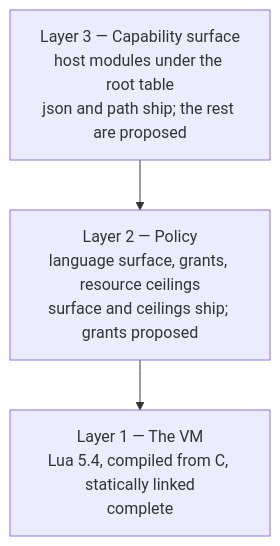
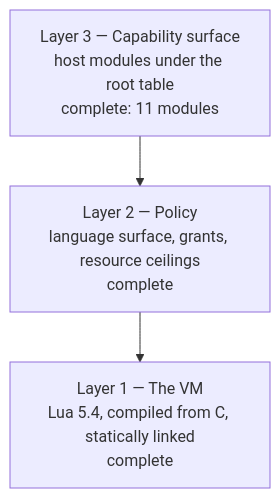
One commit to rstlix0x0/airsstack changed the diagram in crates/airsl/docs/architecture.md. Above: the diagram before and after it, drawn with Mermaid. The commit also changed other lines of this file and 21 other files, not shown here.

First line of the commit message:
feat(airsl): complete the host standard library and the airsl test runner

````diff
--- a/crates/airsl/docs/architecture.md
+++ b/crates/airsl/docs/architecture.md
@@ -19,7 +19,7 @@
 ```mermaid
 graph TD
-    L3["Layer 3 — Capability surface<br/>host modules under the root table<br/>json and path ship; the rest are proposed"]
-    L2["Layer 2 — Policy<br/>language surface, grants, resource ceilings<br/>surface and ceilings ship; grants proposed"]
+    L3["Layer 3 — Capability surface<br/>host modules under the root table<br/>complete: 11 modules"]
+    L2["Layer 2 — Policy<br/>language surface, grants, resource ceilings<br/>complete"]
     L1["Layer 1 — The VM<br/>Lua 5.4, compiled from C, statically linked<br/>complete"]
     L3 --> L2 --> L1
 ```
````
